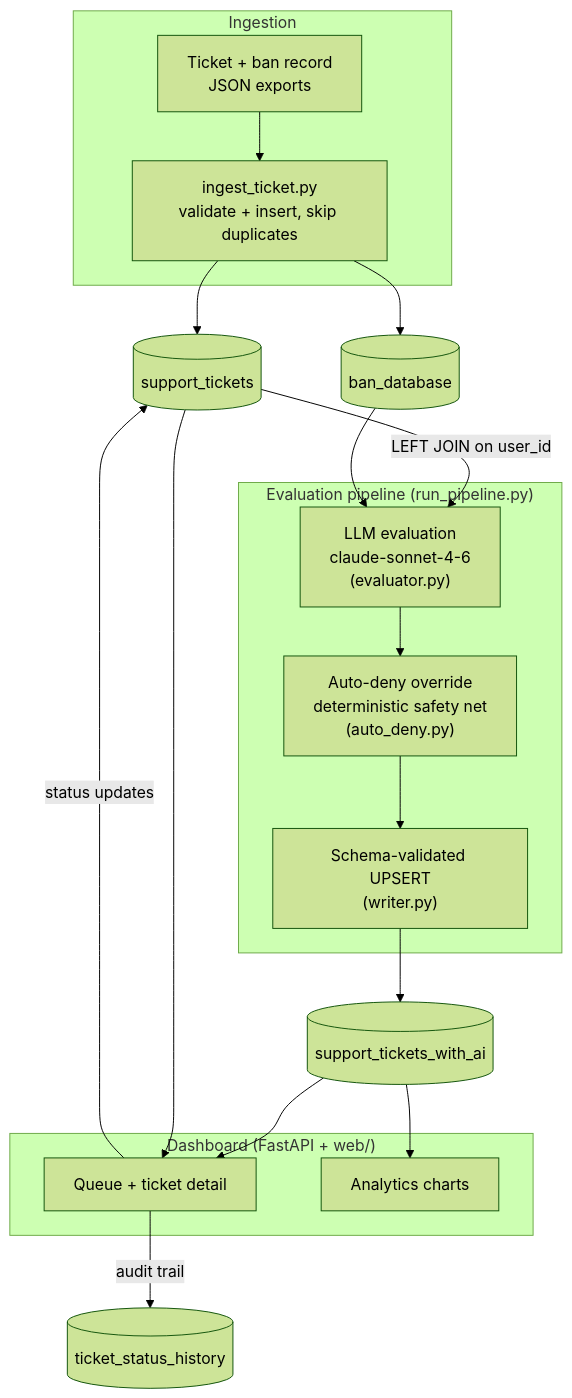
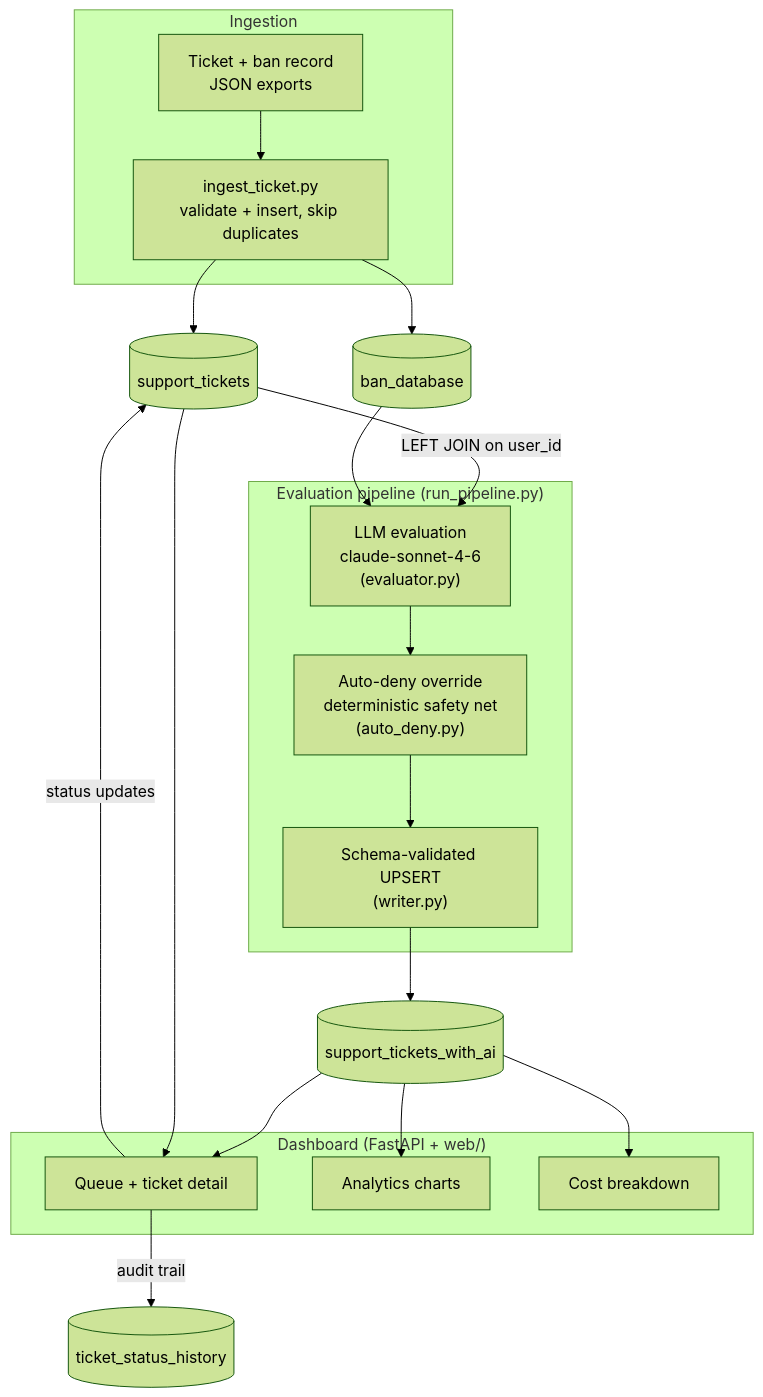
One commit to SerMike/Ticket-Tech-Titan changed the diagram in README.md. Above: the diagram before and after it, drawn with Mermaid (forest theme). The commit also changed other lines of this file and 4 other files, not shown here.

````diff
--- a/README.md
+++ b/README.md
@@ -19,24 +19,26 @@
 ```mermaid
 flowchart TD
     subgraph ING["Ingestion"]
         J["Ticket + ban record<br/>JSON exports"] --> I["ingest_ticket.py<br/>validate + insert, skip duplicates"]
     end
     I --> ST[("support_tickets")]
     I --> BD[("ban_database")]
     subgraph PIPE["Evaluation pipeline (run_pipeline.py)"]
         EV["LLM evaluation<br/>claude-sonnet-4-6<br/>(evaluator.py)"] --> AD["Auto-deny override<br/>deterministic safety net<br/>(auto_deny.py)"]
         AD --> WR["Schema-validated UPSERT<br/>(writer.py)"]
     end
     ST -->|"LEFT JOIN on user_id"| EV
     BD --> EV
     WR --> AI[("support_tickets_with_ai")]
     subgraph DASH["Dashboard (FastAPI + web/)"]
         Q["Queue + ticket detail"]
         AN["Analytics charts"]
+        CO["Cost breakdown"]
     end
     AI --> Q
     AI --> AN
+    AI --> CO
     ST --> Q
     Q -->|"status updates"| ST
     Q -->|"audit trail"| TH[("ticket_status_history")]
 ```
````
